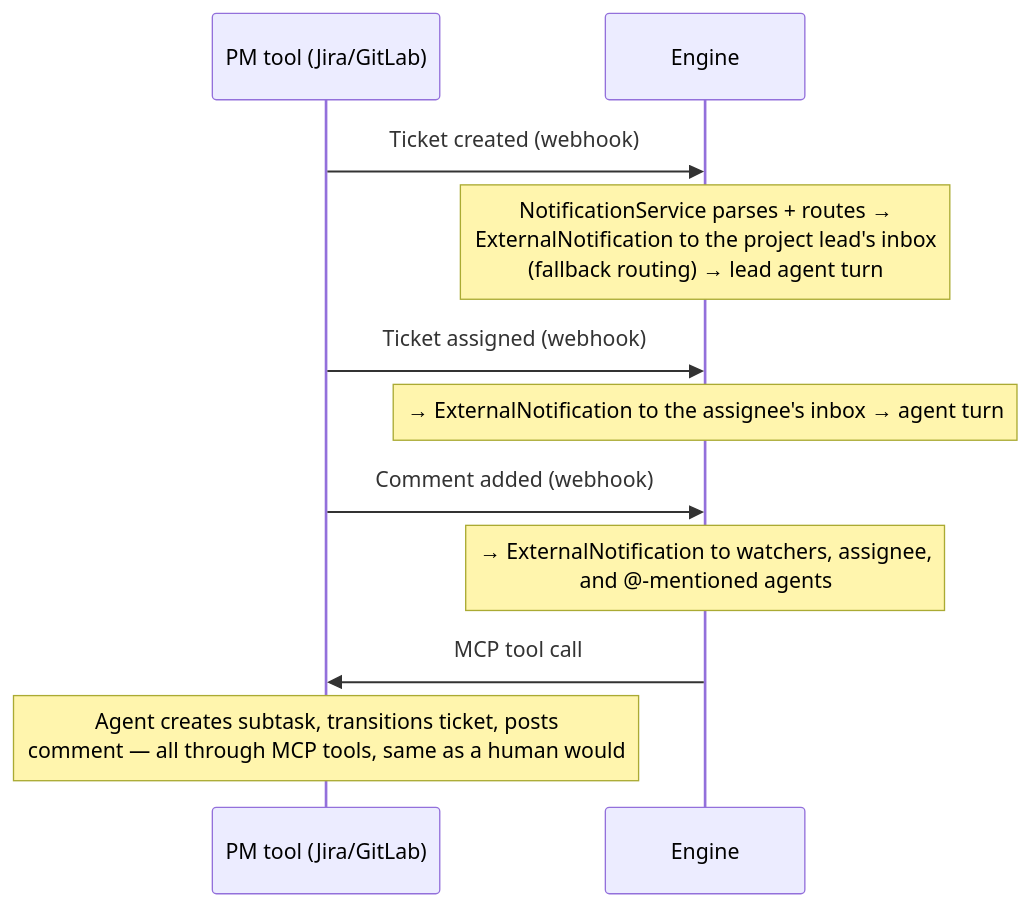
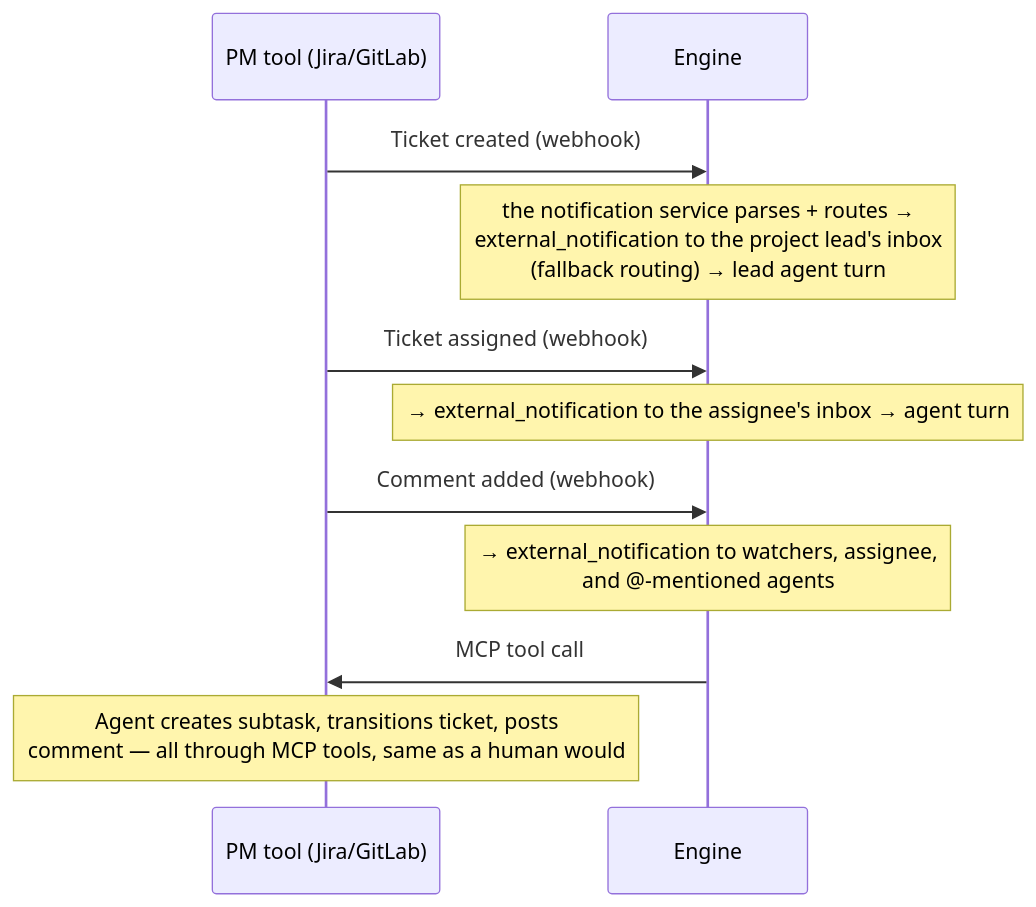
The first of 3 diagrams in docs/concepts/task-engine.md (crewlet/crewlet), drawn with Mermaid before and after one commit. The commit also changed other lines of this file and 1 other file, not shown here.

````diff
--- a/docs/concepts/task-engine.md
+++ b/docs/concepts/task-engine.md
@@ -22,13 +22,13 @@
 ```mermaid
 sequenceDiagram
     participant PM as PM tool (Jira/GitLab)
     participant EN as Engine
     PM->>EN: Ticket created (webhook)
-    Note over EN: NotificationService parses + routes →<br/>ExternalNotification to the project lead's inbox<br/>(fallback routing) → lead agent turn
+    Note over EN: the notification service parses + routes →<br/>external_notification to the project lead's inbox<br/>(fallback routing) → lead agent turn
     PM->>EN: Ticket assigned (webhook)
-    Note over EN: → ExternalNotification to the assignee's inbox → agent turn
+    Note over EN: → external_notification to the assignee's inbox → agent turn
     PM->>EN: Comment added (webhook)
-    Note over EN: → ExternalNotification to watchers, assignee,<br/>and @-mentioned agents
+    Note over EN: → external_notification to watchers, assignee,<br/>and @-mentioned agents
     EN->>PM: MCP tool call
     Note over PM: Agent creates subtask, transitions ticket, posts<br/>comment — all through MCP tools, same as a human would
 ```
````
